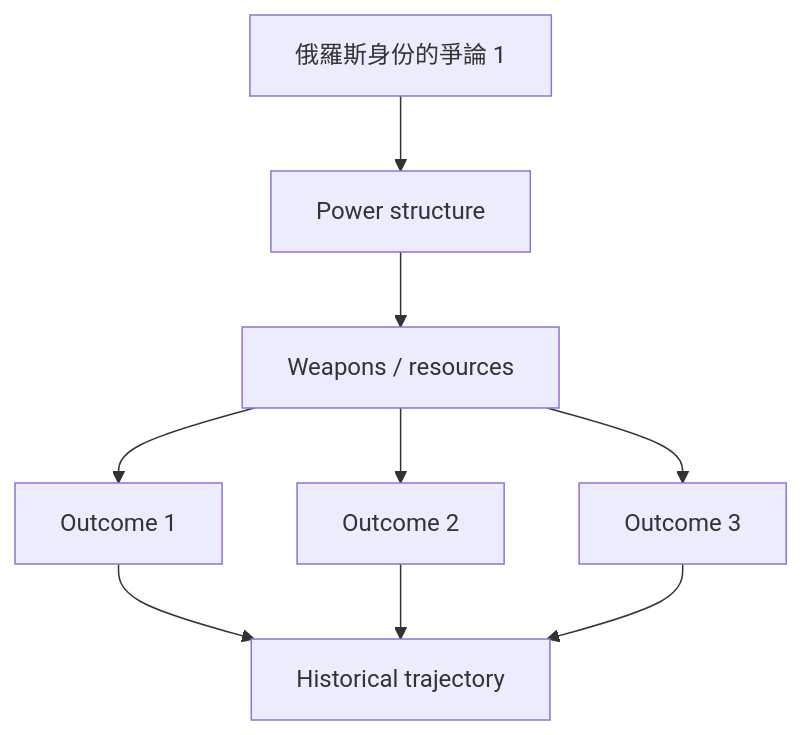
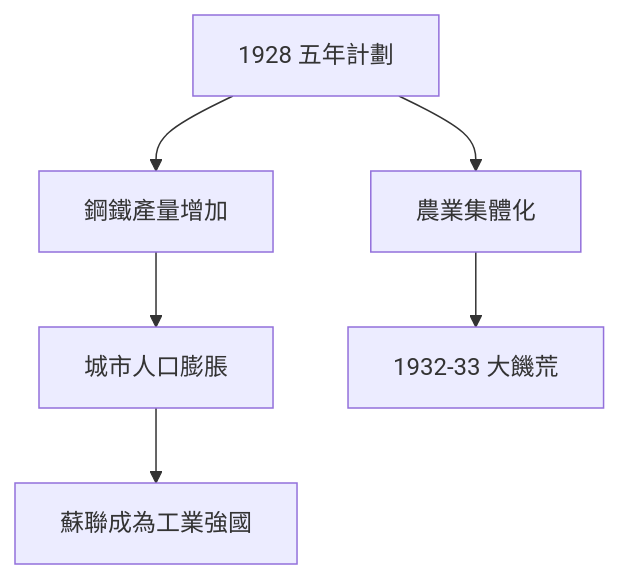
One commit to yip-lgtm/HKU-Harvard-History-Self-Study changed the second of 7 diagrams in 01_HKU_Courses/HIST2103_Russian_state_and_society.md. Above: the diagram before and after it, drawn with Mermaid. The commit also changed other lines of this file and 48 other files, not shown here.

````diff
--- a/01_HKU_Courses/HIST2103_Russian_state_and_society.md
+++ b/01_HKU_Courses/HIST2103_Russian_state_and_society.md
@@ -263,11 +105,8 @@
 ```mermaid
-graph TD
-    A[俄羅斯身份的爭論 1] --> B[Power structure]
-    B --> C[Weapons / resources]
-    C --> D[Outcome 1]
-    C --> E[Outcome 2]
-    C --> F[Outcome 3]
-    D --> G[Historical trajectory]
-    E --> G
-    F --> G
+flowchart TD
+    A[1928 五年計劃] --> B[鋼鐵產量增加]
+    B --> C[城市人口膨脹]
+    C --> D[蘇聯成為工業強國]
+    A --> E[農業集體化]
+    E --> F[1932-33 大饑荒]
 ```
````
